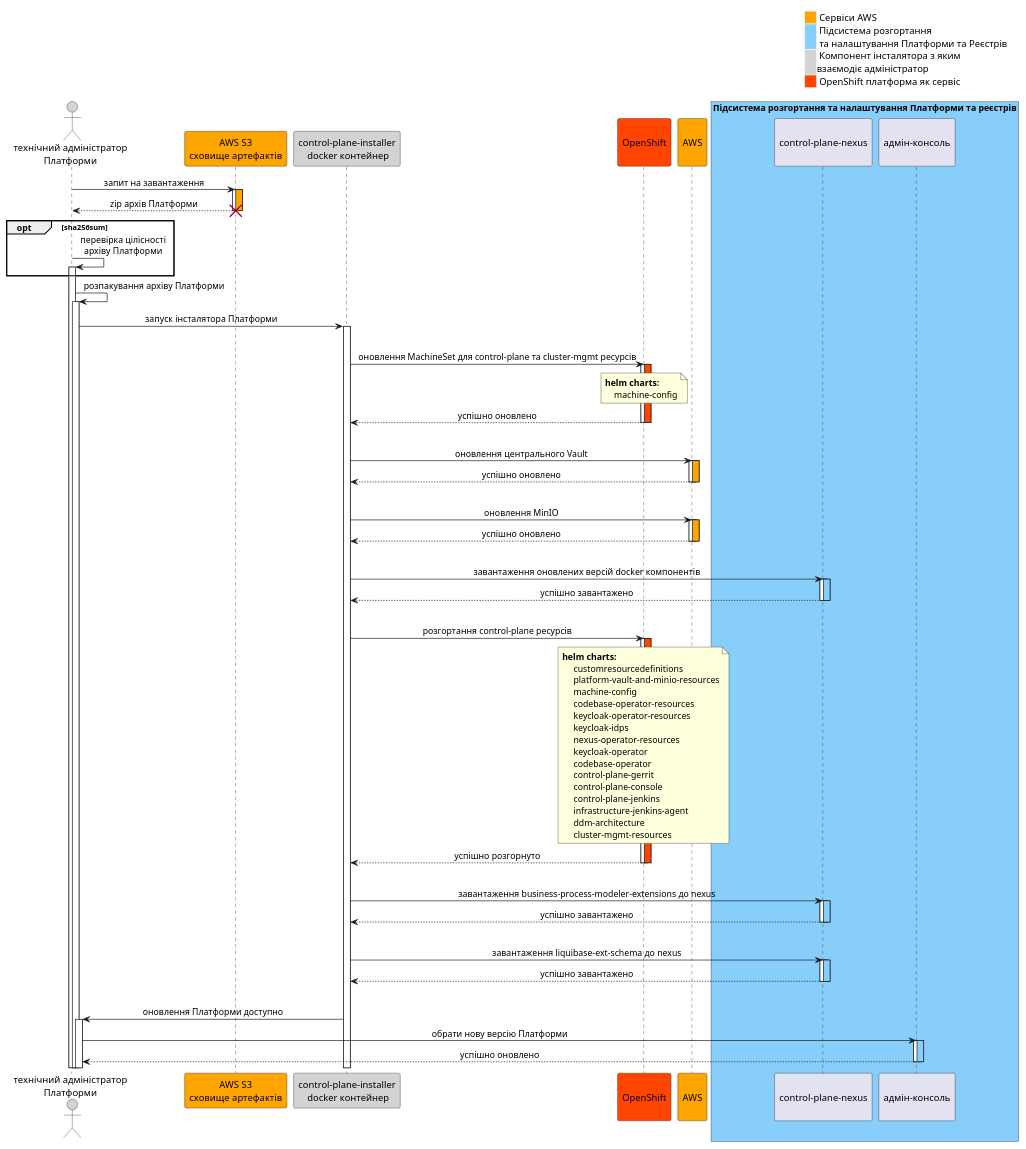
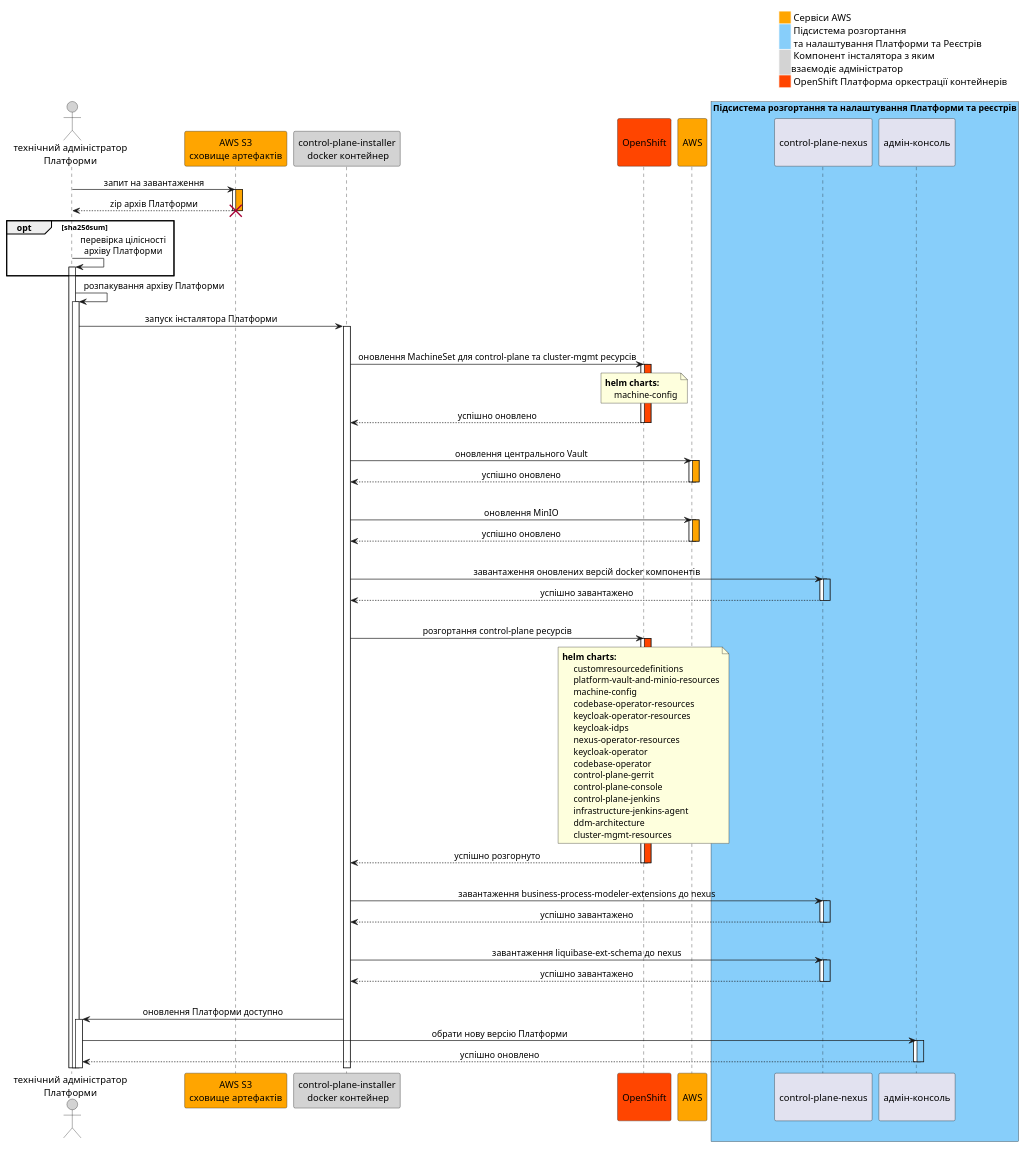
One commit to epam/edp-ddm-architecture changed the second of 2 diagrams in docs/ua/modules/arch/pages/architecture/maintenance/control-plane-installer/overview.adoc. Above: the diagram before and after it, drawn with PlantUML. The commit also changed other lines of this file and 6 other files, not shown here.

```diff
--- a/docs/ua/modules/arch/pages/architecture/maintenance/control-plane-installer/overview.adoc
+++ b/docs/ua/modules/arch/pages/architecture/maintenance/control-plane-installer/overview.adoc
@@ -192,7 +192,7 @@
     <#FFFFFF,#FFFFFF>|<#orange>| Сервіси AWS|
     |<#lightskyblue>     | Підсистема розгортання\n та налаштування Платформи та Реєстрів|
     |<#lightgray>| Компонент інсталятора з яким\nвзаємодіє адміністратор|
-    |<#orangered>| OpenShift платформа як сервіс|
+    |<#orangered>| OpenShift Платформа оркестрації контейнерів|
 end legend
 
 actor "технічний адміністратор\nПлатформи" as admin #lightgray
```
